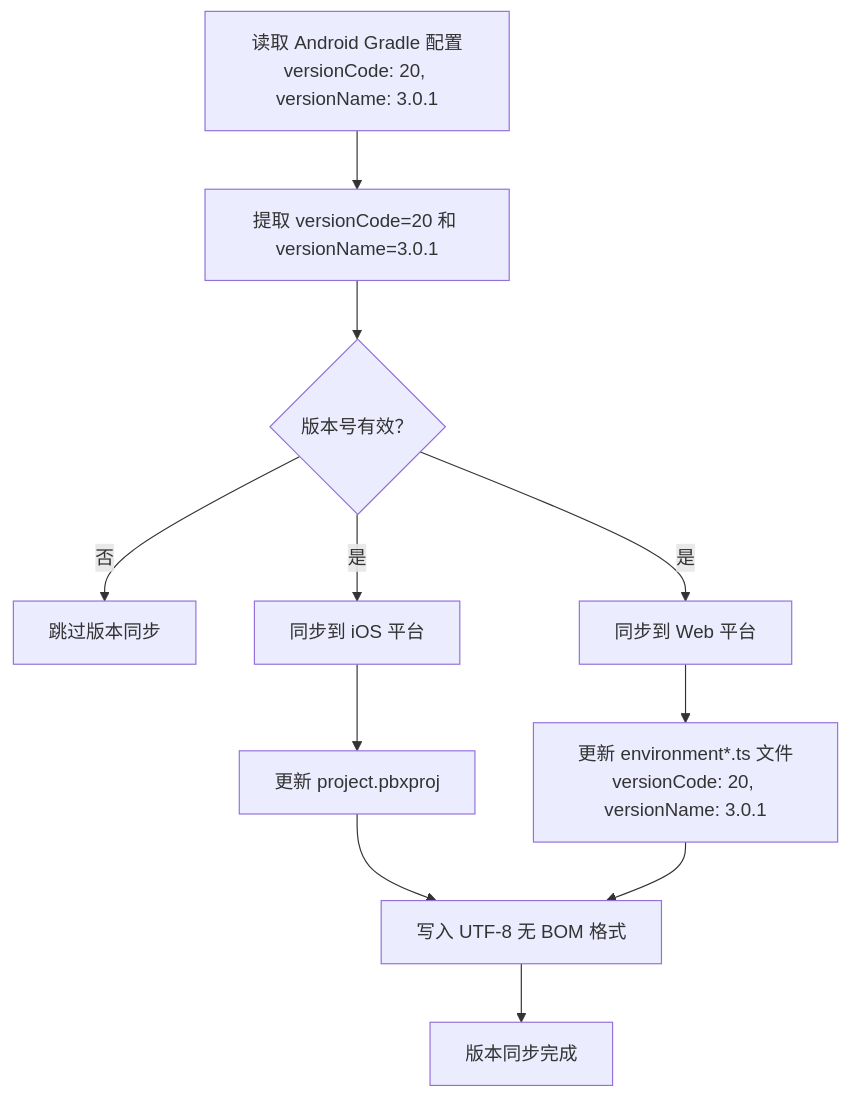
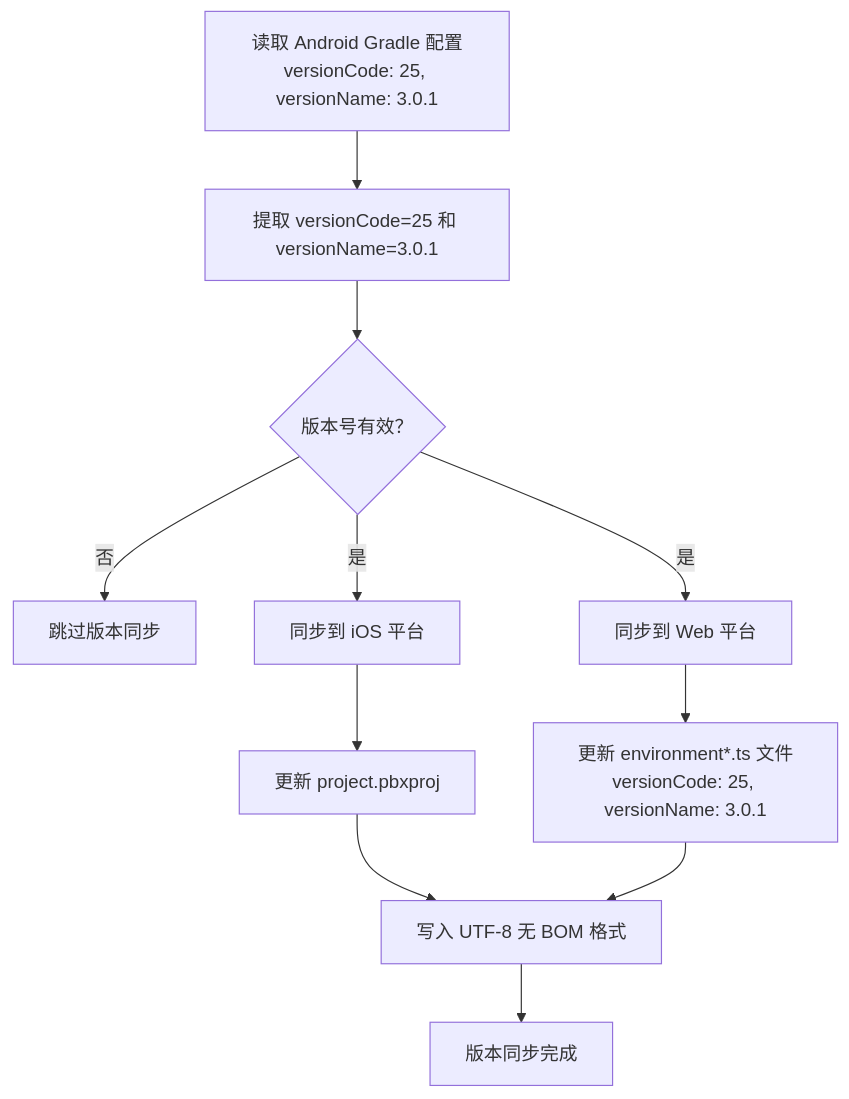
Before and after one commit to tea4go/Macro-Deck-Client-App: the fourth of 6 diagrams in .qoder/repowiki/zh/content/构建与部署/构建配置.md, drawn with Mermaid. The commit also changed other lines of this file and 46 other files, not shown here.

````diff
--- a/.qoder/repowiki/zh/content/构建与部署/构建配置.md
+++ b/.qoder/repowiki/zh/content/构建与部署/构建配置.md
@@ -721,13 +721,13 @@
 ```mermaid
 flowchart TD
-A["读取 Android Gradle 配置<br/>versionCode: 20, versionName: 3.0.1"] --> B["提取 versionCode=20 和 versionName=3.0.1"]
+A["读取 Android Gradle 配置<br/>versionCode: 25, versionName: 3.0.1"] --> B["提取 versionCode=25 和 versionName=3.0.1"]
 B --> C{"版本号有效？"}
 C --> |否| D["跳过版本同步"]
 C --> |是| E["同步到 iOS 平台"]
 C --> |是| F["同步到 Web 平台"]
 E --> G["更新 project.pbxproj"]
-F --> H["更新 environment*.ts 文件<br/>versionCode: 20, versionName: 3.0.1"]
+F --> H["更新 environment*.ts 文件<br/>versionCode: 25, versionName: 3.0.1"]
 G --> I["写入 UTF-8 无 BOM 格式"]
 H --> I
 I --> J["版本同步完成"]
 ```
````
